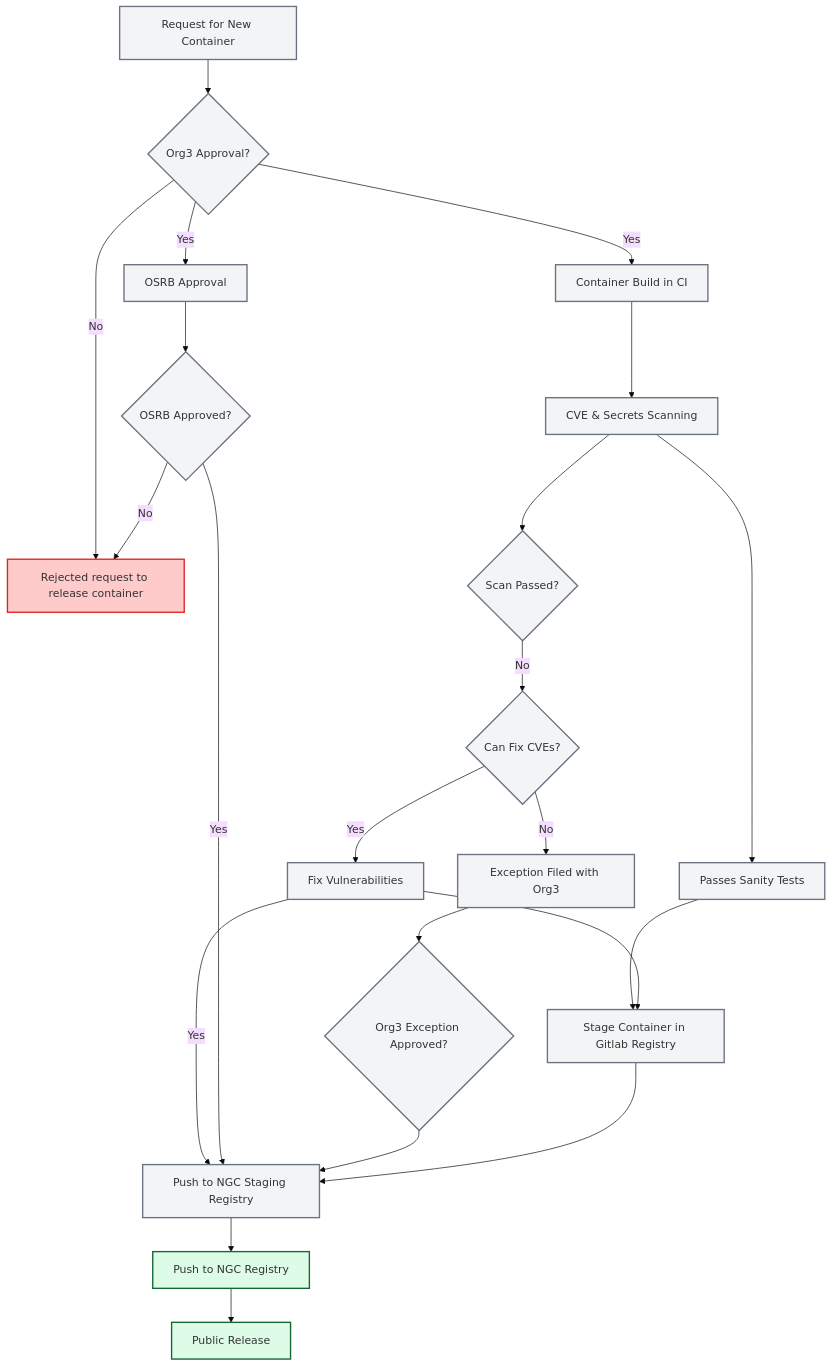
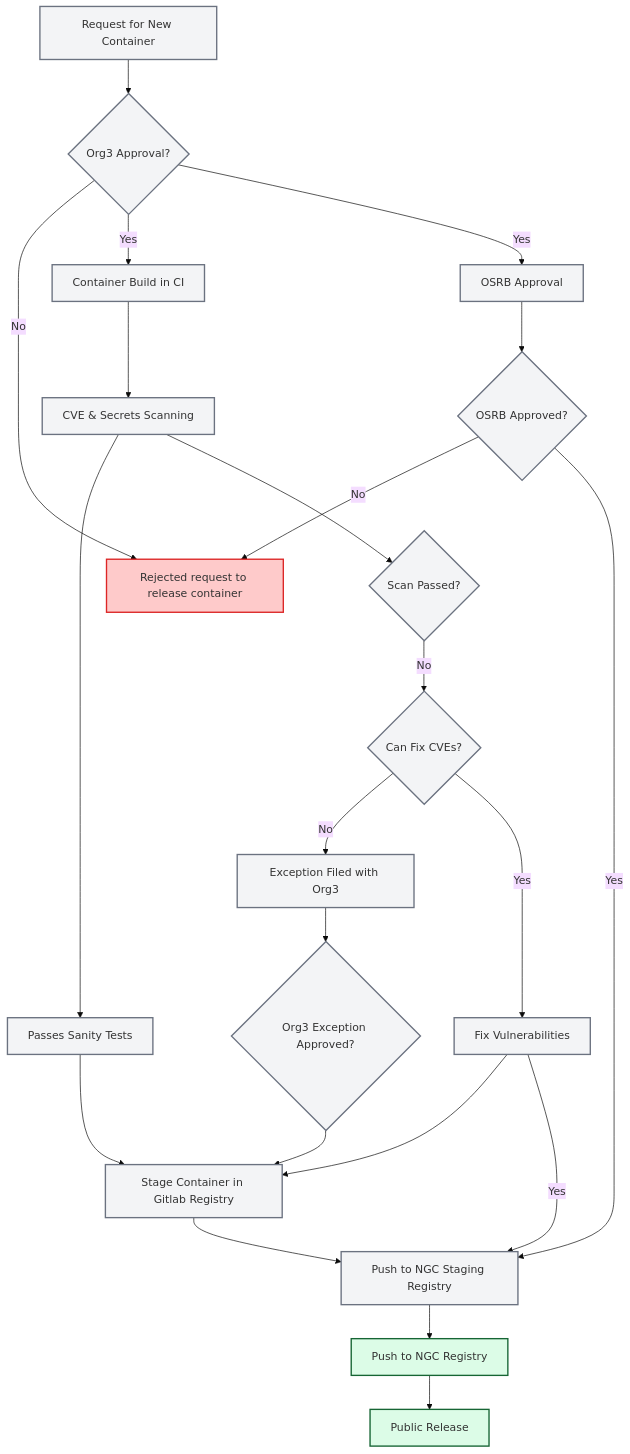
The second of 2 diagrams in deps/NNNN-container-strategy.md (ai-dynamo/enhancements), drawn with Mermaid (base theme) before and after one commit.

Commit message:
nit: fix mermaid diagram

````diff
--- a/deps/NNNN-container-strategy.md
+++ b/deps/NNNN-container-strategy.md
@@ -184,48 +184,48 @@
 ```mermaid
 flowchart TD
     A[Request for New Container]:::grey
     B{Org3 Approval?}:::grey
     C[Rejected request to release container]:::red
     D[Container Build in CI]:::grey
     E[CVE & Secrets Scanning]:::grey
     F[Passes Sanity Tests]:::grey
     G[Stage Container in Gitlab Registry]:::grey
     H{Scan Passed?}:::grey
     I{Can Fix CVEs?}:::grey
     J[Fix Vulnerabilities]:::grey
     K[Exception Filed with Org3]:::grey
     L{Org3 Exception Approved?}:::grey
     N[OSRB Approval]:::grey
     O{OSRB Approved?}:::grey
     Q[Push to NGC Staging Registry]:::grey
     R[Push to NGC Registry]:::green
     S[Public Release]:::green
 
     %% Main flow
     A --> B
     B -->|No| C
     B -->|Yes| D
     B -->|Yes| N
     D --> E
     E --> F
     F --> G
     E --> H
     H -->|No| I
     I -->|No| K
     I -->|Yes| J
     J --> G
     J -->|Yes| Q
     N --> O
     O -->|No| C
     O -->|Yes| Q
     K --> L
-    L --> Q
+    L --> G
     G --> Q
     Q --> R
     R --> S
 
     %% Styling
     classDef grey fill:#f3f4f6,stroke:#6b7280,stroke-width:2px;
     classDef green fill:#dcfce7,stroke:#166534,stroke-width:2px;
     classDef red fill:#fecaca,stroke:#dc2626,stroke-width:2px;
 ```
````
